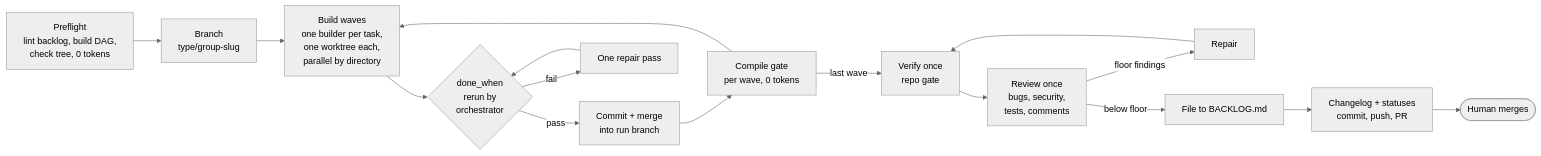
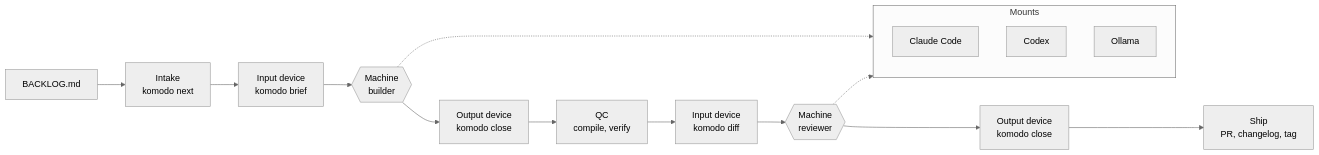
Before and after one commit to rdevitto86/komodo-agentic-factory-coding: the diagram in README.md, drawn with Mermaid (neutral theme). The commit also changed other lines of this file and 86 other files, not shown here.

````diff
--- a/README.md
+++ b/README.md
@@ -43,16 +9,19 @@
 ```mermaid
 flowchart LR
-    A[Preflight<br/>lint backlog, build DAG,<br/>check tree, 0 tokens] --> B[Branch<br/>type/group-slug]
-    B --> C[Build waves<br/>one builder per task,<br/>one worktree each,<br/>parallel by directory]
-    C --> D{done_when<br/>rerun by<br/>orchestrator}
-    D -->|pass| E[Commit + merge<br/>into run branch]
-    D -->|fail| F[One repair pass] --> D
-    E --> G[Compile gate<br/>per wave, 0 tokens]
-    G --> C
-    G -->|last wave| H[Verify once<br/>repo gate]
-    H --> I[Review once<br/>bugs, security,<br/>tests, comments]
-    I -->|floor findings| F2[Repair] --> H
-    I -->|below floor| J[File to BACKLOG.md]
-    J --> K[Changelog + statuses<br/>commit, push, PR]
-    K --> L([Human merges])
+    B[BACKLOG.md] --> I[Intake<br/>komodo next]
+    I --> BR1[Input device<br/>komodo brief]
+    BR1 --> M1{{Machine<br/>builder}}
+    M1 --> C1[Output device<br/>komodo close]
+    C1 --> QC[QC<br/>compile, verify]
+    QC --> BR2[Input device<br/>komodo diff]
+    BR2 --> M2{{Machine<br/>reviewer}}
+    M2 --> C2[Output device<br/>komodo close]
+    C2 --> S[Ship<br/>PR, changelog, tag]
+    subgraph Mounts
+        CC[Claude Code]
+        CX[Codex]
+        OL[Ollama]
+    end
+    M1 -.-> Mounts
+    M2 -.-> Mounts
 ```
````
